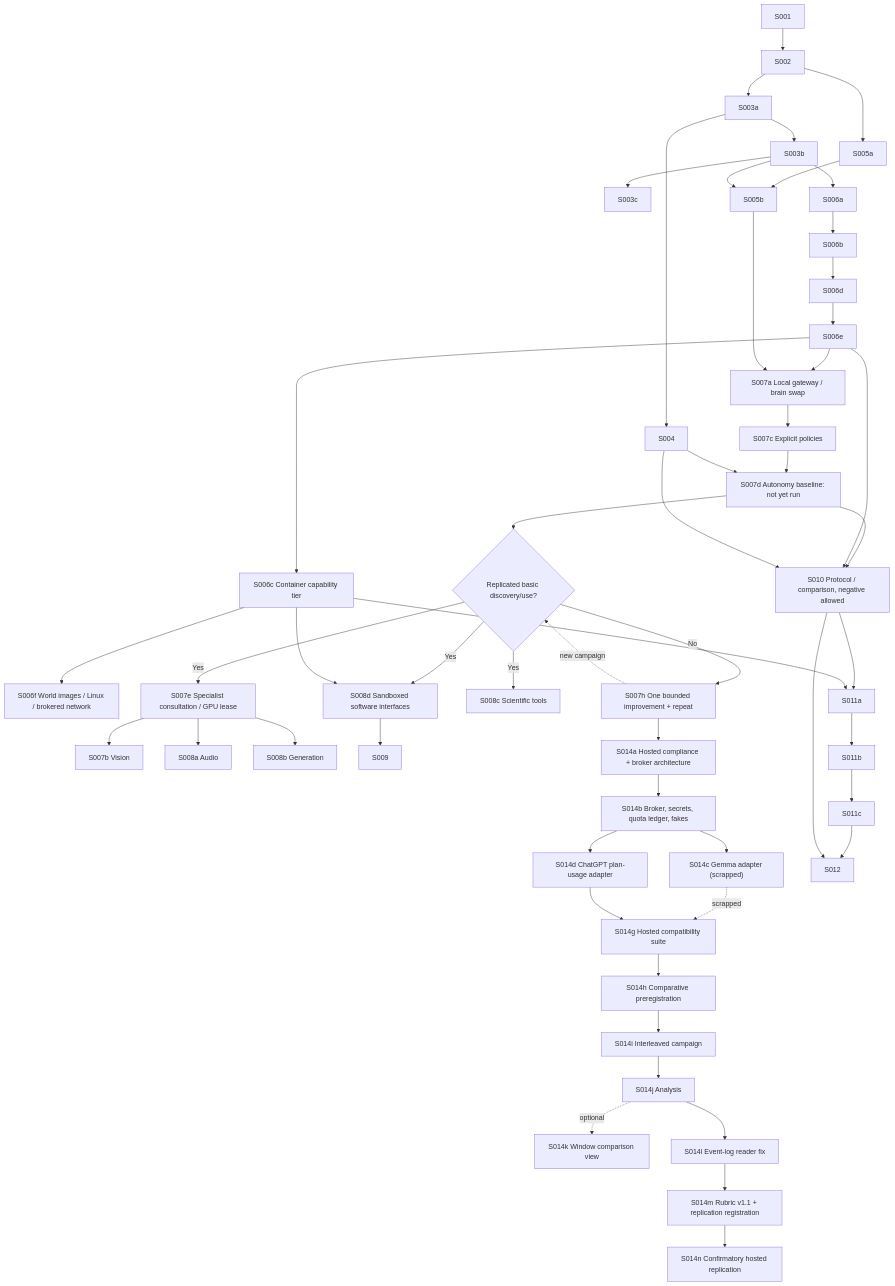
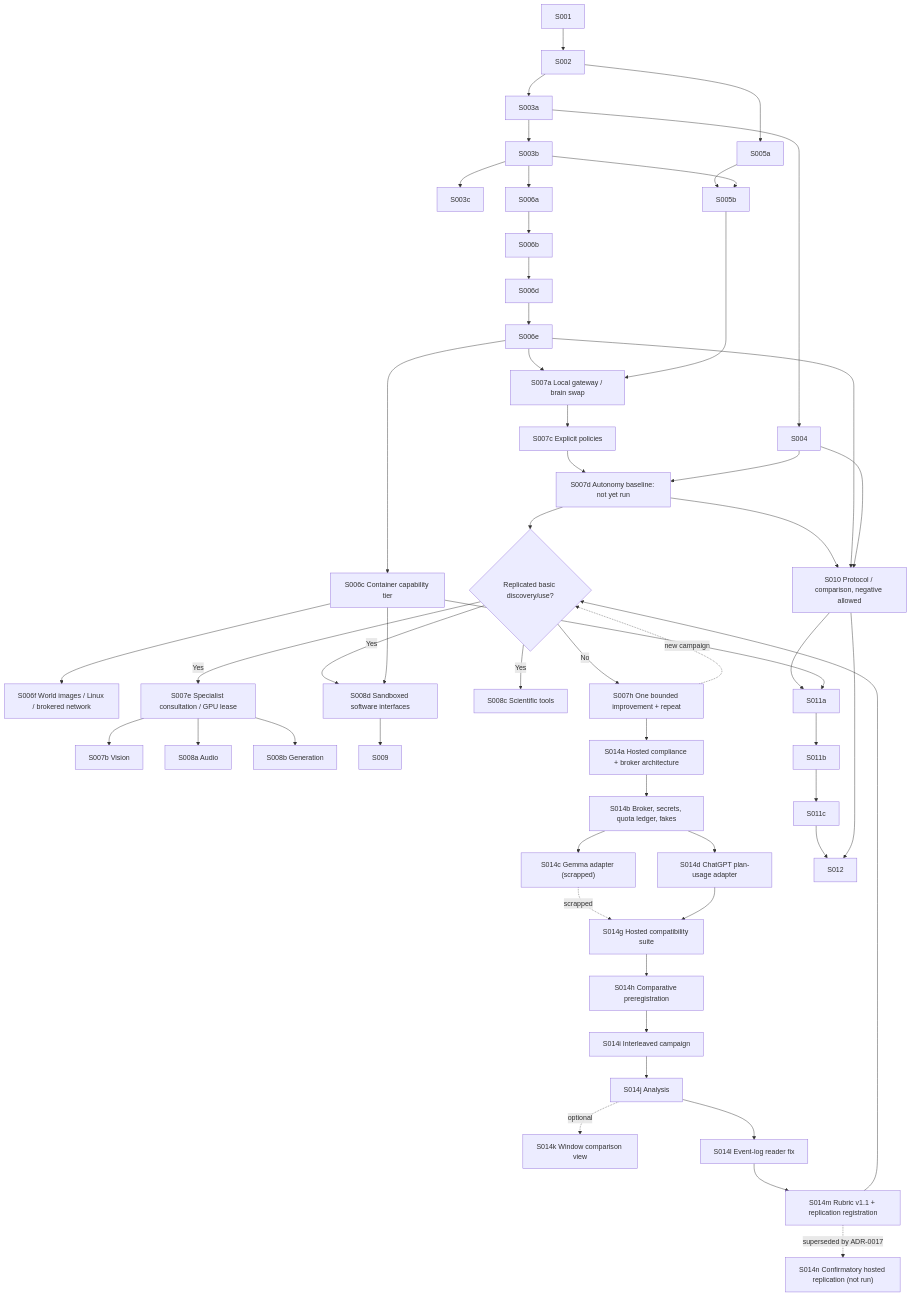
Before and after one commit to jfairfaxball-348/open-lab-builder: the diagram in docs/roadmap/ROADMAP.md, drawn with Mermaid. The commit also changed other lines of this file and 6 other files, not shown here.

````diff
--- a/docs/roadmap/ROADMAP.md
+++ b/docs/roadmap/ROADMAP.md
@@ -42,40 +42,41 @@
 ```mermaid
 flowchart TD
     S001 --> S002 --> S003a --> S003b --> S003c
     S003a --> S004
     S002 --> S005a --> S005b
     S003b --> S005b
     S003b --> S006a --> S006b --> S006d --> S006e
     S006e --> S006c["S006c Container capability tier"]
     S006c --> S006f["S006f World images / Linux / brokered network"]
     S006e --> S007a["S007a Local gateway / brain swap"]
     S005b --> S007a
     S007a --> S007c["S007c Explicit policies"]
     S007c --> S007d["S007d Autonomy baseline: not yet run"]
     S004 --> S007d
     S007d --> Gate{"Replicated basic discovery/use?"}
     Gate -->|No| S007h["S007h One bounded improvement + repeat"]
     S007h -. new campaign .-> Gate
     Gate -->|Yes| S007e["S007e Specialist consultation / GPU lease"]
     S007e --> S007b["S007b Vision"]
     S007e --> S008a["S008a Audio"]
     S007e --> S008b["S008b Generation"]
     Gate -->|Yes| S008c["S008c Scientific tools"]
     Gate -->|Yes| S008d["S008d Sandboxed software interfaces"]
     S006c --> S008d --> S009
     S007h --> S014a["S014a Hosted compliance + broker architecture"]
     S014a --> S014b["S014b Broker, secrets, quota ledger, fakes"]
     S014b --> S014c["S014c Gemma adapter (scrapped)"]
     S014b --> S014d["S014d ChatGPT plan-usage adapter"]
     S014c -. scrapped .-> S014g["S014g Hosted compatibility suite"]
     S014d --> S014g
     S014g --> S014h["S014h Comparative preregistration"] --> S014i["S014i Interleaved campaign"] --> S014j["S014j Analysis"]
     S014j -. optional .-> S014k["S014k Window comparison view"]
-    S014j --> S014l["S014l Event-log reader fix"] --> S014m["S014m Rubric v1.1 + replication registration"] --> S014n["S014n Confirmatory hosted replication"]
+    S014j --> S014l["S014l Event-log reader fix"] --> S014m["S014m Rubric v1.1 + replication registration"] -. superseded by ADR-0017 .-> S014n["S014n Confirmatory hosted replication (not run)"]
+    S014m --> Gate
     S007d --> S010["S010 Protocol / comparison, negative allowed"]
     S006e --> S010
     S004 --> S010
     S010 --> S011a --> S011b --> S011c --> S012
     S006c --> S011a
     S010 --> S012
 ```
````
